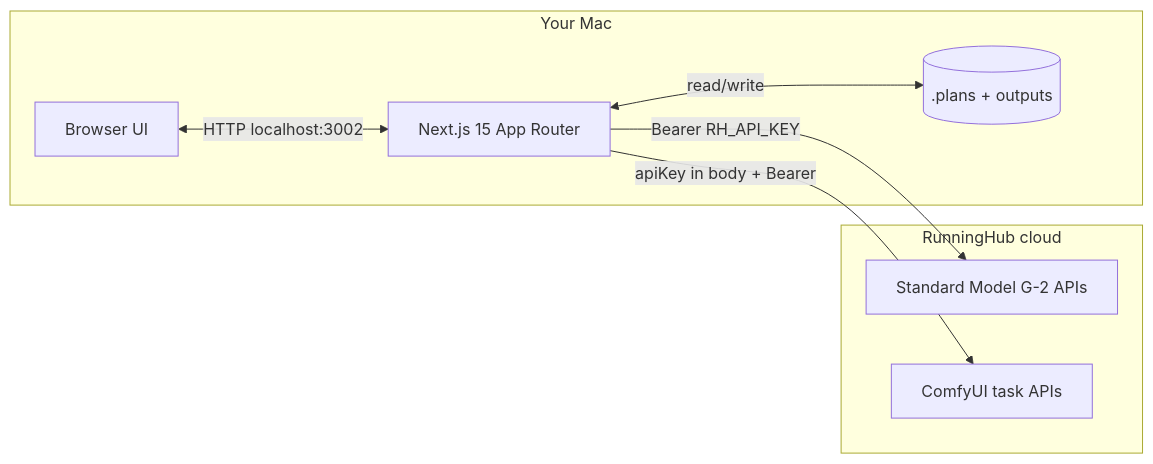
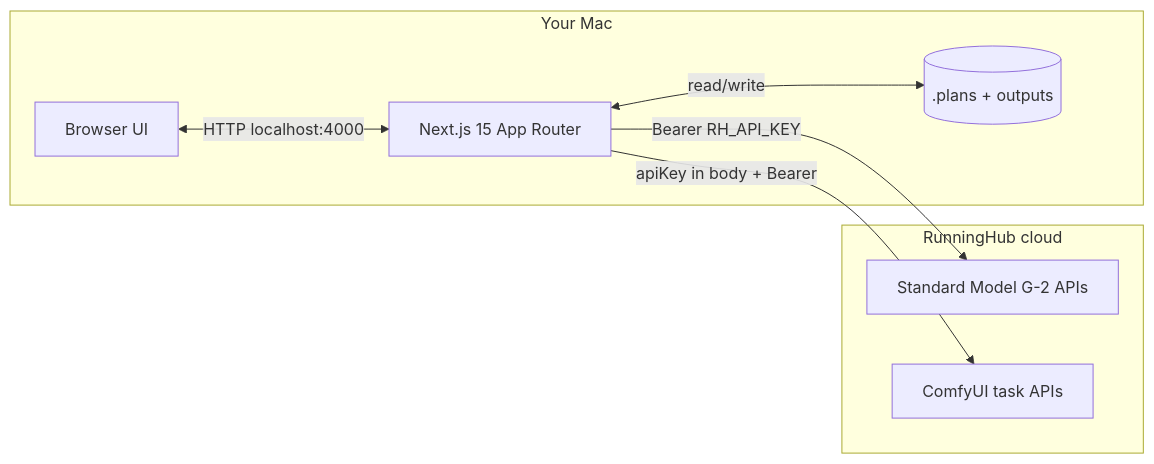
The first of 12 diagrams in docs/implementation-guide.md (jxjwilliam/nsfw-app), drawn with Mermaid before and after one commit. The commit also changed other lines of this file and 10 other files, not shown here.

````diff
--- a/docs/implementation-guide.md
+++ b/docs/implementation-guide.md
@@ -33,18 +33,18 @@
 ```mermaid
 flowchart LR
   subgraph local [Your Mac]
     Browser[Browser UI]
     Next[Next.js 15 App Router]
     Disk[(.plans + outputs)]
   end
 
   subgraph rh [RunningHub cloud]
     G2[Standard Model G-2 APIs]
     Comfy[ComfyUI task APIs]
   end
 
-  Browser <-->|HTTP localhost:3002| Next
+  Browser <-->|HTTP localhost:4000| Next
   Next <-->|read/write| Disk
   Next -->|Bearer RH_API_KEY| G2
   Next -->|apiKey in body + Bearer| Comfy
 ```
````
